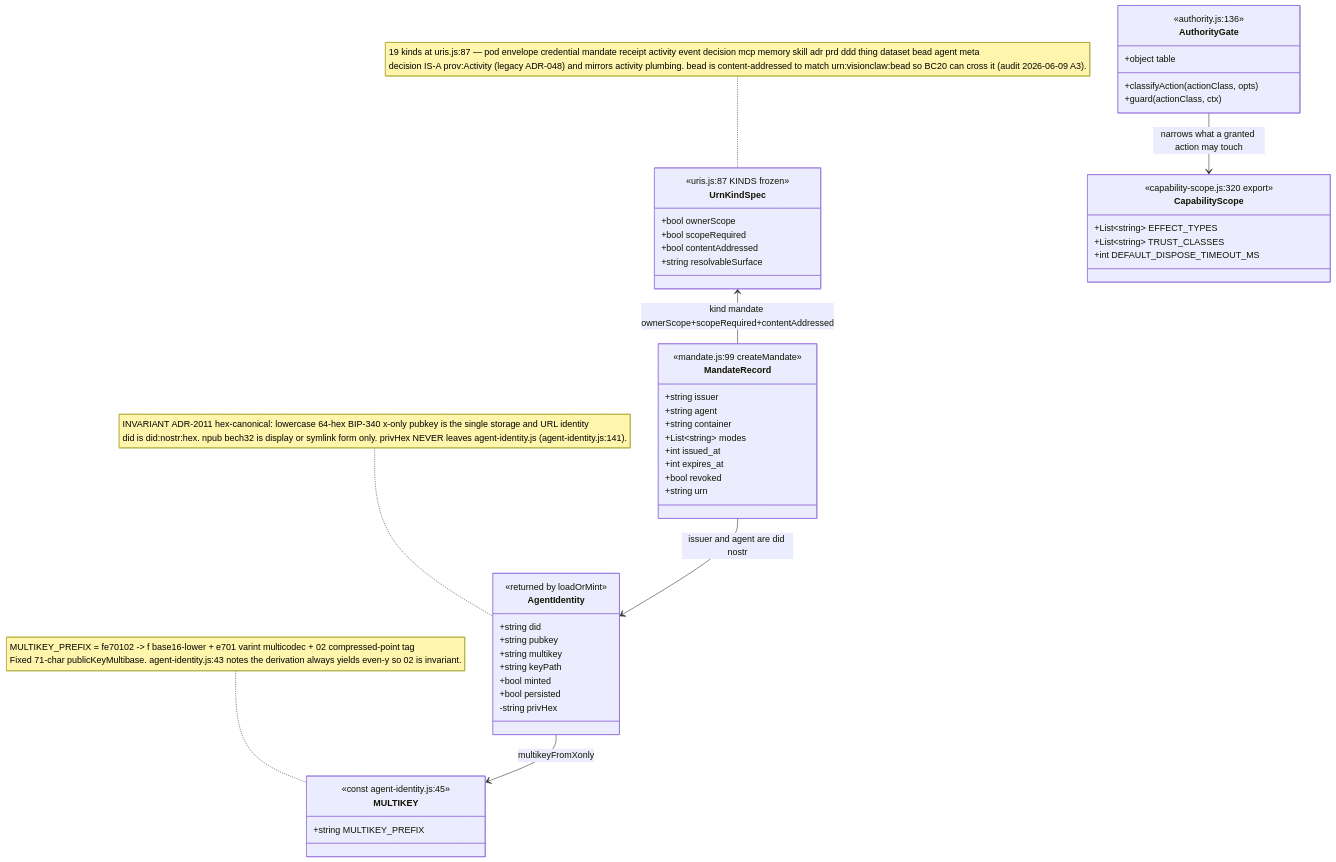
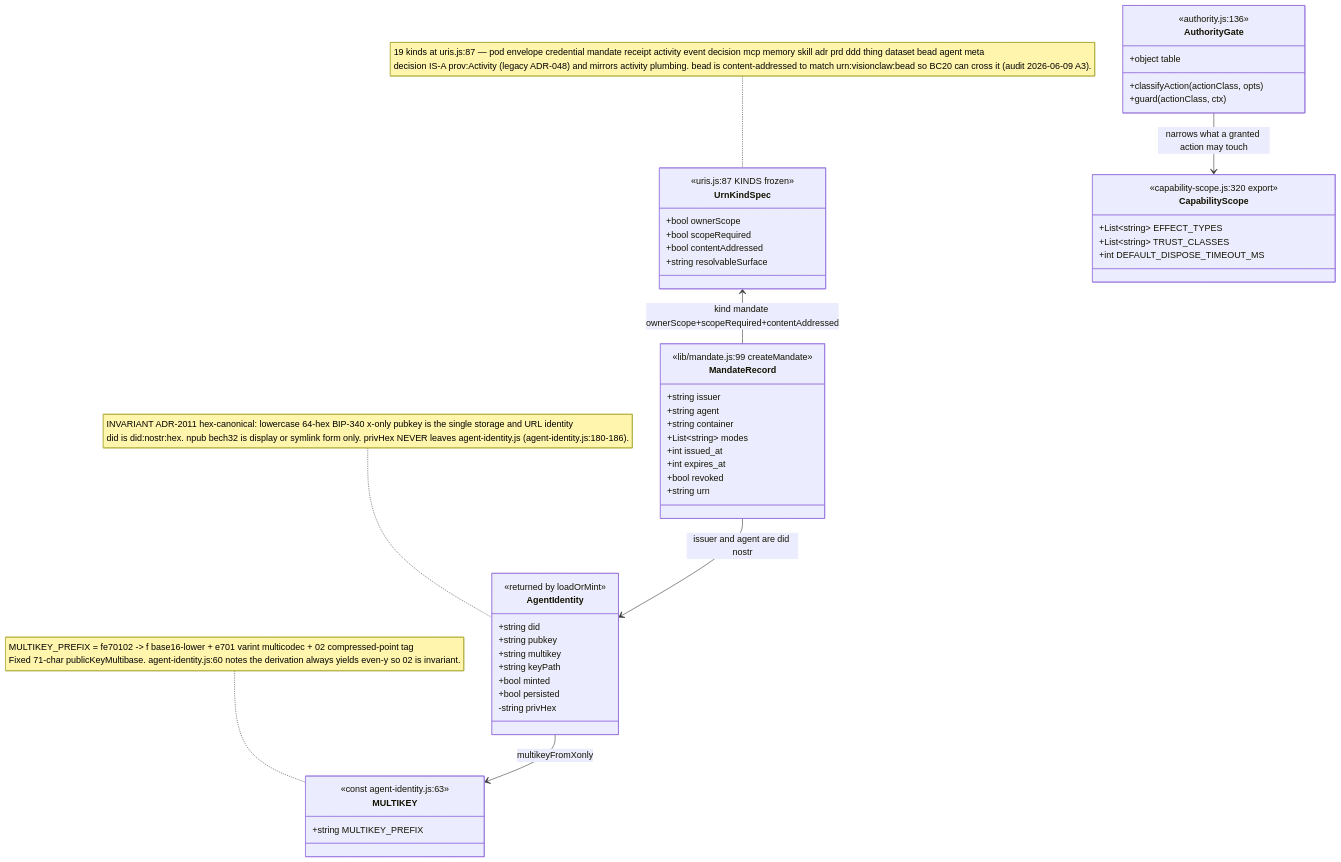
The first of 16 diagrams in docs/diagrams/agentbox/11-identity-did-mandate-authority.md (DreamLab-AI/VisionFlow), drawn with Mermaid before and after one commit. The commit also changed other lines of this file and 185 other files, not shown here.

Commit message:
docs(estate): reconcile diagrams and ADRs with source and define closeout sprint

````diff
--- a/docs/diagrams/agentbox/11-identity-did-mandate-authority.md
+++ b/docs/diagrams/agentbox/11-identity-did-mandate-authority.md
@@ -36,54 +37,54 @@
 ```mermaid
 classDiagram
     class AgentIdentity {
         <<returned by loadOrMint>>
         +string did
         +string pubkey
         +string multikey
         +string keyPath
         +bool minted
         +bool persisted
         -string privHex
     }
     class MULTIKEY {
-        <<const agent-identity.js:45>>
+        <<const agent-identity.js:63>>
         +string MULTIKEY_PREFIX
     }
     class UrnKindSpec {
         <<uris.js:87 KINDS frozen>>
         +bool ownerScope
         +bool scopeRequired
         +bool contentAddressed
         +string resolvableSurface
     }
     class MandateRecord {
-        <<mandate.js:99 createMandate>>
+        <<lib/mandate.js:99 createMandate>>
         +string issuer
         +string agent
         +string container
         +List~string~ modes
         +int issued_at
         +int expires_at
         +bool revoked
         +string urn
     }
     class AuthorityGate {
         <<authority.js:136>>
         +object table
         +classifyAction(actionClass, opts)
         +guard(actionClass, ctx)
     }
     class CapabilityScope {
         <<capability-scope.js:320 export>>
         +List~string~ EFFECT_TYPES
         +List~string~ TRUST_CLASSES
         +int DEFAULT_DISPOSE_TIMEOUT_MS
     }
     AgentIdentity --> MULTIKEY : multikeyFromXonly
     UrnKindSpec <-- MandateRecord : kind mandate ownerScope+scopeRequired+contentAddressed
     MandateRecord --> AgentIdentity : issuer and agent are did nostr
     AuthorityGate --> CapabilityScope : narrows what a granted action may touch
-    note for MULTIKEY "MULTIKEY_PREFIX = fe70102 -> f base16-lower + e701 varint multicodec + 02 compressed-point tag<br/>Fixed 71-char publicKeyMultibase. agent-identity.js:43 notes the derivation always yields even-y so 02 is invariant."
-    note for AgentIdentity "INVARIANT ADR-2011 hex-canonical: lowercase 64-hex BIP-340 x-only pubkey is the single storage and URL identity<br/>did is did:nostr:hex. npub bech32 is display or symlink form only. privHex NEVER leaves agent-identity.js (agent-identity.js:141)."
+    note for MULTIKEY "MULTIKEY_PREFIX = fe70102 -> f base16-lower + e701 varint multicodec + 02 compressed-point tag<br/>Fixed 71-char publicKeyMultibase. agent-identity.js:60 notes the derivation always yields even-y so 02 is invariant."
+    note for AgentIdentity "INVARIANT ADR-2011 hex-canonical: lowercase 64-hex BIP-340 x-only pubkey is the single storage and URL identity<br/>did is did:nostr:hex. npub bech32 is display or symlink form only. privHex NEVER leaves agent-identity.js (agent-identity.js:180-186)."
     note for UrnKindSpec "19 kinds at uris.js:87 — pod envelope credential mandate receipt activity event decision mcp memory skill adr prd ddd thing dataset bead agent meta<br/>decision IS-A prov:Activity (legacy ADR-048) and mirrors activity plumbing. bead is content-addressed to match urn:visionclaw:bead so BC20 can cross it (audit 2026-06-09 A3)."
 ```
````
